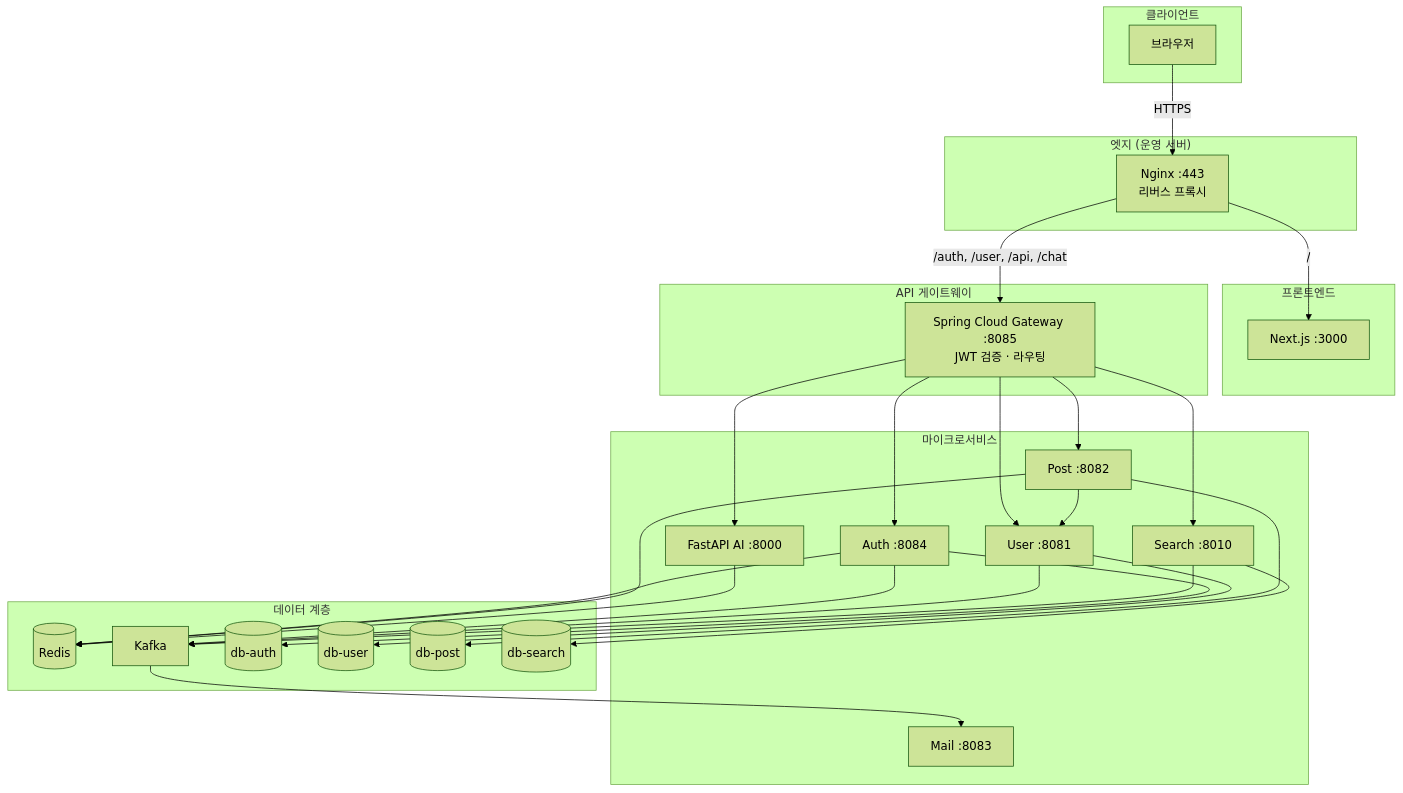
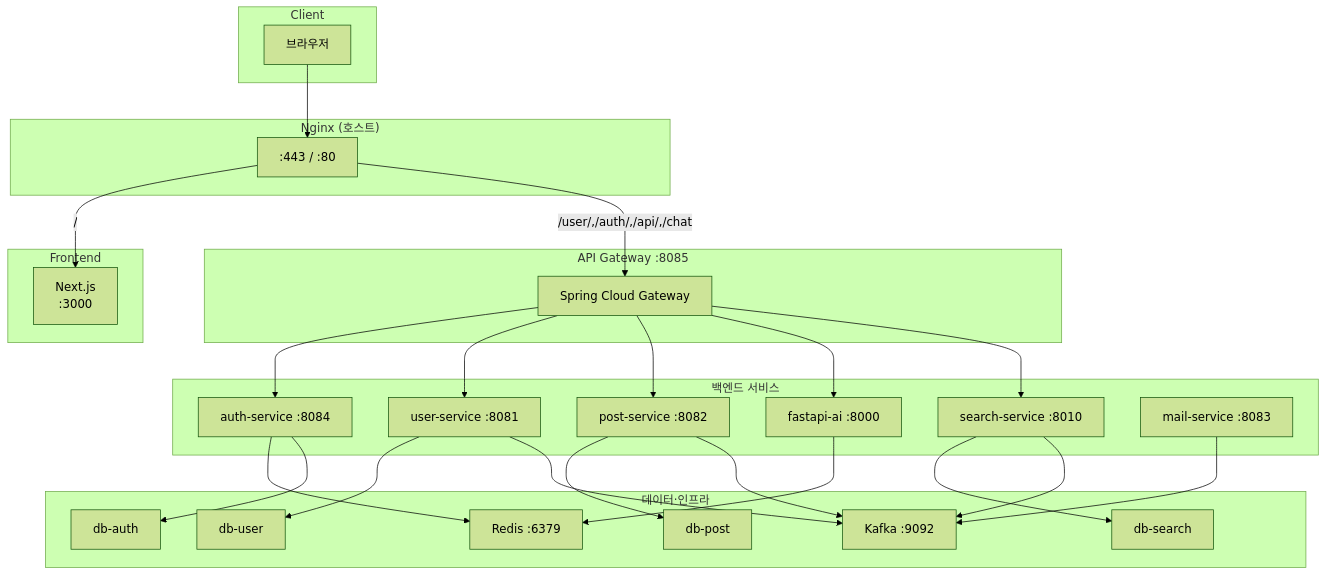
The first of 2 diagrams in README.md (MinKyeom/MSA_Project), drawn with Mermaid (forest theme) before and after one commit. The commit also changed other lines of this file, not shown here.

````diff
--- a/README.md
+++ b/README.md
@@ -68,57 +28,49 @@
 ```mermaid
 flowchart TB
-    subgraph Client["클라이언트"]
+    subgraph Client
         Browser[브라우저]
     end
-
-    subgraph Edge["엣지 (운영 서버)"]
-        Nginx[Nginx :443<br/>리버스 프록시]
+    subgraph Nginx["Nginx (호스트)"]
+        N[":443 / :80"]
     end
-
-    subgraph Frontend["프론트엔드"]
-        Next[Next.js :3000]
+    subgraph Frontend
+        Next["Next.js\n:3000"]
     end
-
-    subgraph Gateway["API 게이트웨이"]
-        GW[Spring Cloud Gateway :8085<br/>JWT 검증 · 라우팅]
+    subgraph Gateway["API Gateway :8085"]
+        GW[Spring Cloud Gateway]
     end
-
-    subgraph Backend["마이크로서비스"]
-        Auth[Auth :8084]
-        User[User :8081]
-        Post[Post :8082]
-        Search[Search :8010]
-        AI[FastAPI AI :8000]
-        Mail[Mail :8083]
+    subgraph Backend["백엔드 서비스"]
+        Auth[auth-service :8084]
+        User[user-service :8081]
+        Post[post-service :8082]
+        AI[fastapi-ai :8000]
+        Search[search-service :8010]
+        Mail[mail-service :8083]
     end
-
-    subgraph Data["데이터 계층"]
-        Redis[(Redis)]
-        Kafka[Kafka]
-        DBA[(db-auth)]
-        DBU[(db-user)]
-        DBP[(db-post)]
-        DBS[(db-search)]
+    subgraph Data["데이터·인프라"]
+        Redis[Redis :6379]
+        Kafka[Kafka :9092]
+        DBA[db-auth]
+        DBU[db-user]
+        DBP[db-post]
+        DBS[db-search]
     end
-
-    Browser -->|HTTPS| Nginx
-    Nginx -->|/| Next
-    Nginx -->|/auth, /user, /api, /chat| GW
+    Browser --> N
+    N -->|"/"| Next
+    N -->|"/user/,/auth/,/api/,/chat"| GW
     GW --> Auth
     GW --> User
     GW --> Post
+    GW --> AI
     GW --> Search
-    GW --> AI
+    Auth --> Redis
     Auth --> DBA
-    Auth --> Redis
-    Auth --> Kafka
     User --> DBU
     User --> Kafka
     Post --> DBP
-    Post --> Redis
-    Post --> User
+    Post --> Kafka
+    AI --> Redis
     Search --> DBS
     Search --> Kafka
-    AI --> Redis
-    Kafka --> Mail
+    Mail --> Kafka
 ```
````
